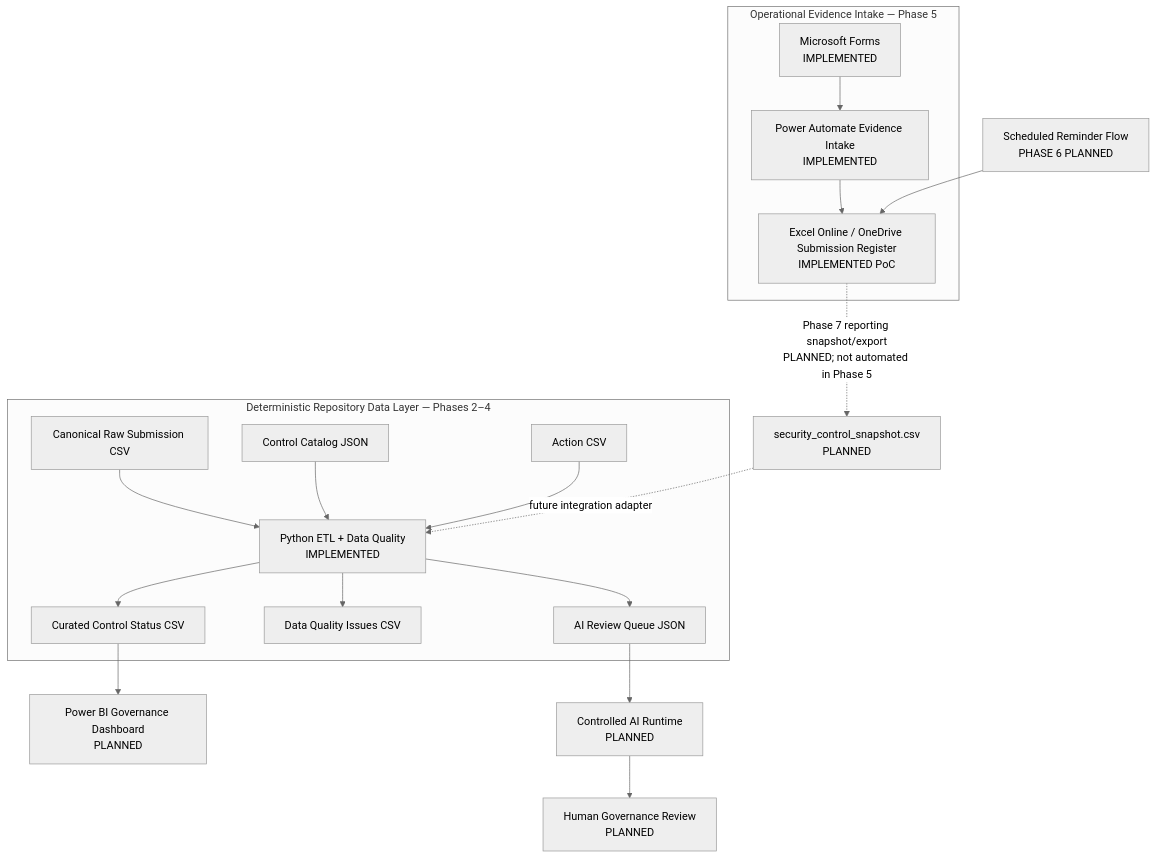
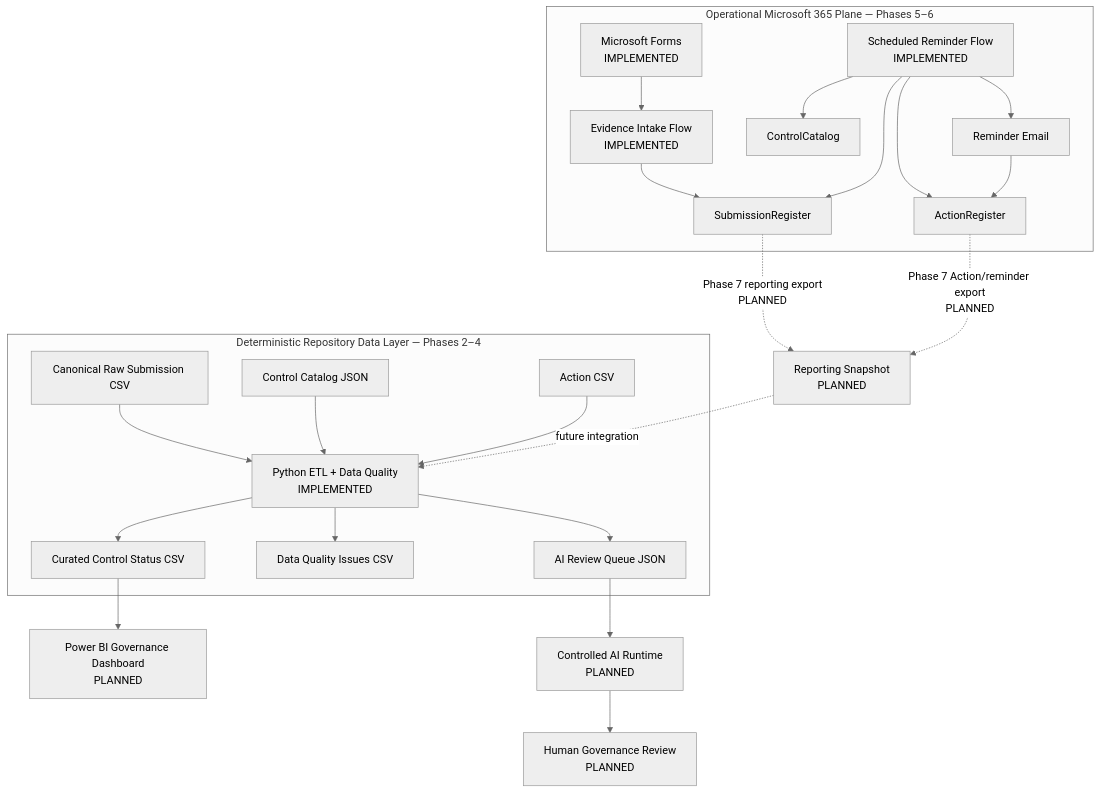
One commit to gw-ai-security/cyber-governance-automation-lab changed the diagram in README.md. Above: the diagram before and after it, drawn with Mermaid (neutral theme). The commit also changed other lines of this file, not shown here.

Commit message:
docs: mark Phase 6 implemented and accepted

````diff
--- a/README.md
+++ b/README.md
@@ -67,24 +99,29 @@
 ```mermaid
 flowchart TD
-    subgraph OP[Operational Evidence Intake — Phase 5]
-        A[Microsoft Forms<br/>IMPLEMENTED] --> B[Power Automate Evidence Intake<br/>IMPLEMENTED]
-        B --> C[Excel Online / OneDrive Submission Register<br/>IMPLEMENTED PoC]
+    subgraph OP[Operational Microsoft 365 Plane — Phases 5–6]
+        A[Microsoft Forms<br/>IMPLEMENTED] --> B[Evidence Intake Flow<br/>IMPLEMENTED]
+        B --> C[SubmissionRegister]
+        D[Scheduled Reminder Flow<br/>IMPLEMENTED] --> C
+        D --> E[ControlCatalog]
+        D --> F[ActionRegister]
+        D --> G[Reminder Email]
+        G --> F
     end
 
     subgraph REPO[Deterministic Repository Data Layer — Phases 2–4]
-        D[Canonical Raw Submission CSV] --> F[Python ETL + Data Quality<br/>IMPLEMENTED]
-        E[Control Catalog JSON] --> F
-        G[Action CSV] --> F
-        F --> H[Curated Control Status CSV]
-        F --> I[Data Quality Issues CSV]
-        F --> J[AI Review Queue JSON]
+        H[Canonical Raw Submission CSV] --> K[Python ETL + Data Quality<br/>IMPLEMENTED]
+        I[Control Catalog JSON] --> K
+        J[Action CSV] --> K
+        K --> L[Curated Control Status CSV]
+        K --> M[Data Quality Issues CSV]
+        K --> N[AI Review Queue JSON]
     end
 
-    C -. Phase 7 reporting snapshot/export<br/>PLANNED; not automated in Phase 5 .-> S[security_control_snapshot.csv<br/>PLANNED]
-    S -. future integration adapter .-> F
+    C -. Phase 7 reporting export<br/>PLANNED .-> S[Reporting Snapshot<br/>PLANNED]
+    F -. Phase 7 Action/reminder export<br/>PLANNED .-> S
+    S -. future integration .-> K
 
-    H --> K[Power BI Governance Dashboard<br/>PLANNED]
-    J --> L[Controlled AI Runtime<br/>PLANNED]
-    L --> M[Human Governance Review<br/>PLANNED]
-    N[Scheduled Reminder Flow<br/>PHASE 6 PLANNED] --> C
+    L --> P[Power BI Governance Dashboard<br/>PLANNED]
+    N --> Q[Controlled AI Runtime<br/>PLANNED]
+    Q --> R[Human Governance Review<br/>PLANNED]
 ```
````
